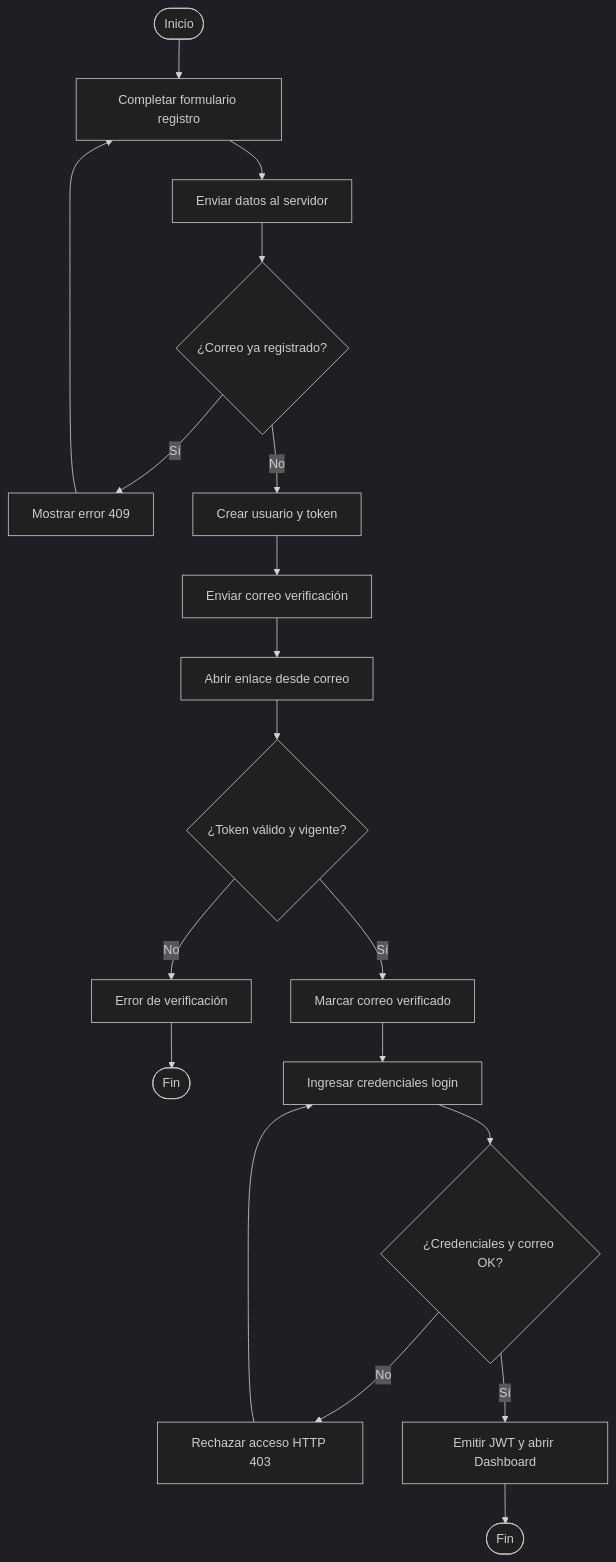
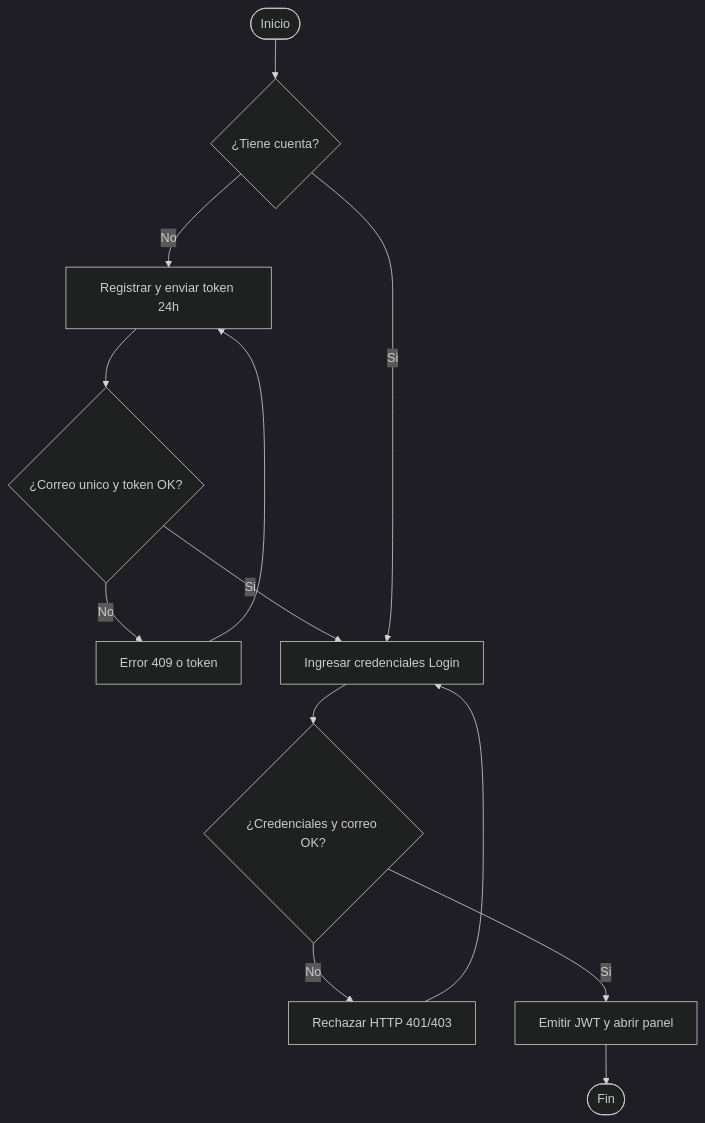
One commit to JFernn4/Servicio-de-Almacenamiento changed the ninth of 15 diagrams in docs/DOCUMENTACION_PROYECTO.md. Above: the diagram before and after it, drawn with Mermaid (dark theme). The commit also changed other lines of this file and 8 other files, not shown here.

````diff
--- a/docs/DOCUMENTACION_PROYECTO.md
+++ b/docs/DOCUMENTACION_PROYECTO.md
@@ -381,18 +475,12 @@
 ```mermaid
 flowchart TD
-    Inicio([Inicio]) --> FormReg[Completar formulario registro]
-    FormReg --> EnviarReg[Enviar datos al servidor]
-    EnviarReg --> CorreoExiste{¿Correo ya registrado?}
-    CorreoExiste -- Sí --> ErrDup[Mostrar error 409] --> FormReg
-    CorreoExiste -- No --> CrearPend[Crear usuario y token]
-    CrearPend --> EnvMail[Enviar correo verificación]
-    EnvMail --> EsperaToken[Abrir enlace desde correo]
-    EsperaToken --> ValToken{¿Token válido y vigente?}
-    ValToken -- No --> ErrTok[Error de verificación] --> FinErr([Fin])
-    ValToken -- Sí --> Activar[Marcar correo verificado]
-    Activar --> Login[Ingresar credenciales login]
-    Login --> VerifOK{¿Credenciales y correo OK?}
-    VerifOK -- No --> Bloqueo[Rechazar acceso HTTP 403] --> Login
-    VerifOK -- Sí --> Sesion[Emitir JWT y abrir Dashboard]
-    Sesion --> Fin([Fin])
+    Inicio([Inicio]) --> TieneCuenta{"¿Tiene cuenta?"}
+    TieneCuenta -- No --> Reg["Registrar y enviar token 24h"]
+    Reg --> ValReg{"¿Correo unico y token OK?"}
+    ValReg -- No --> ErrReg["Error 409 o token"] --> Reg
+    ValReg -- Si --> Login["Ingresar credenciales Login"]
+    TieneCuenta -- Si --> Login
+    Login --> CredOK{"¿Credenciales y correo OK?"}
+    CredOK -- No --> ErrLogin["Rechazar HTTP 401/403"] --> Login
+    CredOK -- Si --> JWT["Emitir JWT y abrir panel"] --> Fin([Fin])
 ```
````
